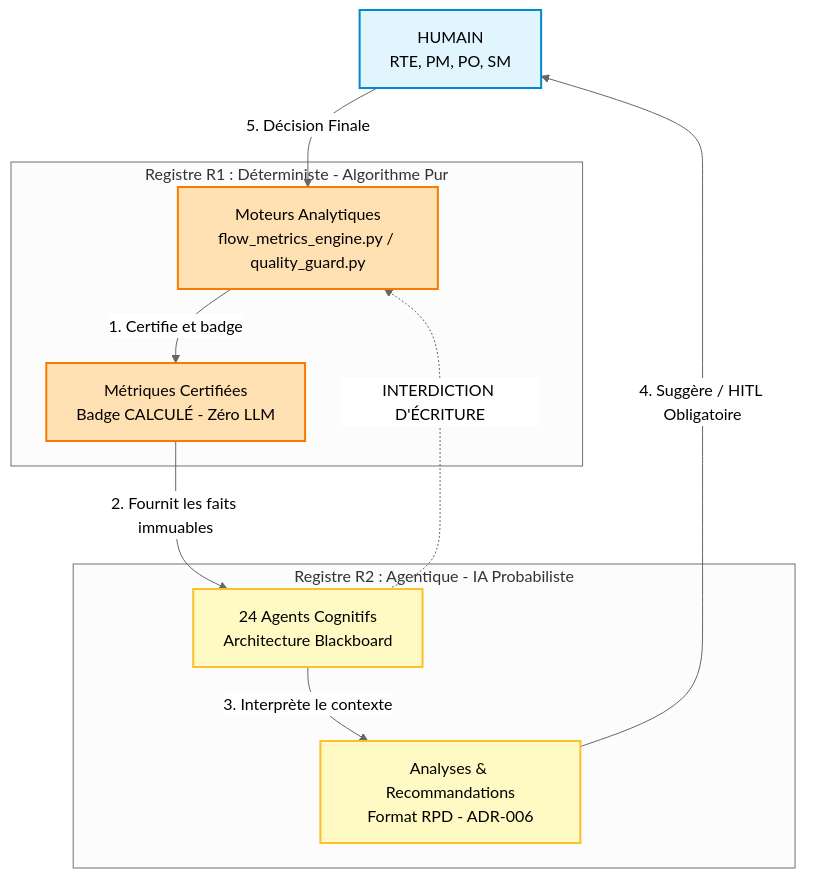
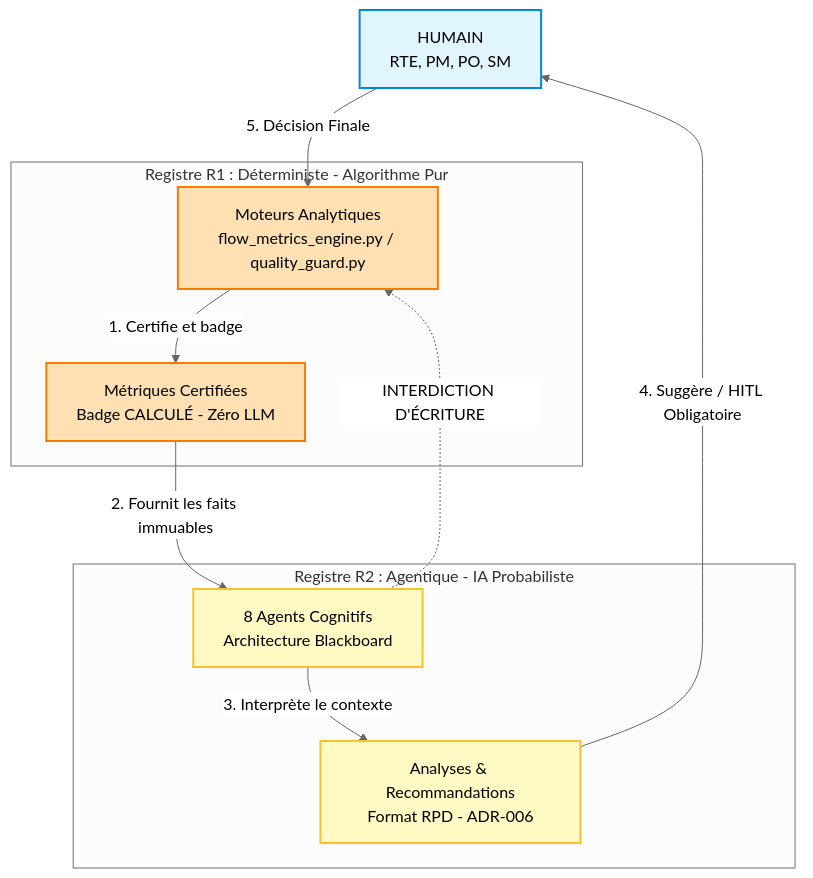
One commit to francklambinet-del/NeuroScaling changed the diagram in docs/01-fondements-framework/certitudes-gouvernance.md. Above: the diagram before and after it, drawn with Mermaid (neutral theme). The commit also changed other lines of this file and 6 other files, not shown here.

````diff
--- a/docs/01-fondements-framework/certitudes-gouvernance.md
+++ b/docs/01-fondements-framework/certitudes-gouvernance.md
@@ -50,27 +50,27 @@
 ```mermaid
 graph TD
     classDef humain fill:#e1f5fe,stroke:#0288d1,stroke-width:2px,color:#000;
     classDef r2 fill:#fff9c4,stroke:#fbc02d,stroke-width:2px,color:#000;
     classDef r1 fill:#ffe0b2,stroke:#f57c00,stroke-width:2px,color:#000;
 
     H[HUMAIN<br>RTE, PM, PO, SM]:::humain
     
     subgraph Registre_R2 [Registre R2 : Agentique - IA Probabiliste]
-        R2_Core[24 Agents Cognitifs<br>Architecture Blackboard]:::r2
+        R2_Core[8 Agents Cognitifs<br>Architecture Blackboard]:::r2
         R2_Out[Analyses & Recommandations<br>Format RPD - ADR-006]:::r2
     end
     
     subgraph Registre_R1 [Registre R1 : Déterministe - Algorithme Pur]
         R1_Core[Moteurs Analytiques<br>flow_metrics_engine.py / quality_guard.py]:::r1
         R1_Out[Métriques Certifiées<br>Badge CALCULÉ - Zéro LLM]:::r1
     end
 
     R1_Core -->|1. Certifie et badge| R1_Out
     R1_Out -->|2. Fournit les faits immuables| R2_Core
     R2_Core -->|3. Interprète le contexte| R2_Out
     R2_Out -->|4. Suggère / HITL Obligatoire| H
     H -->|5. Décision Finale| R1_Core
 
     R2_Core -.->|INTERDICTION D'ÉCRITURE| R1_Core
 
 ```
````
